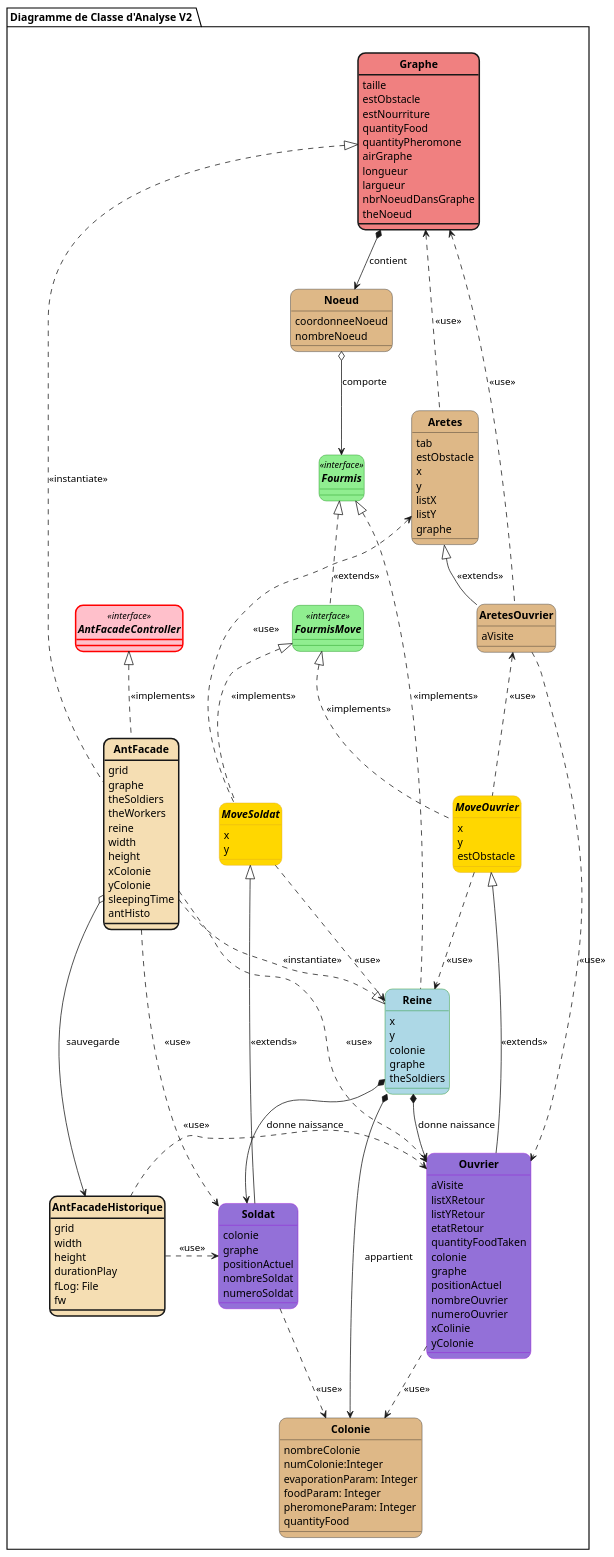
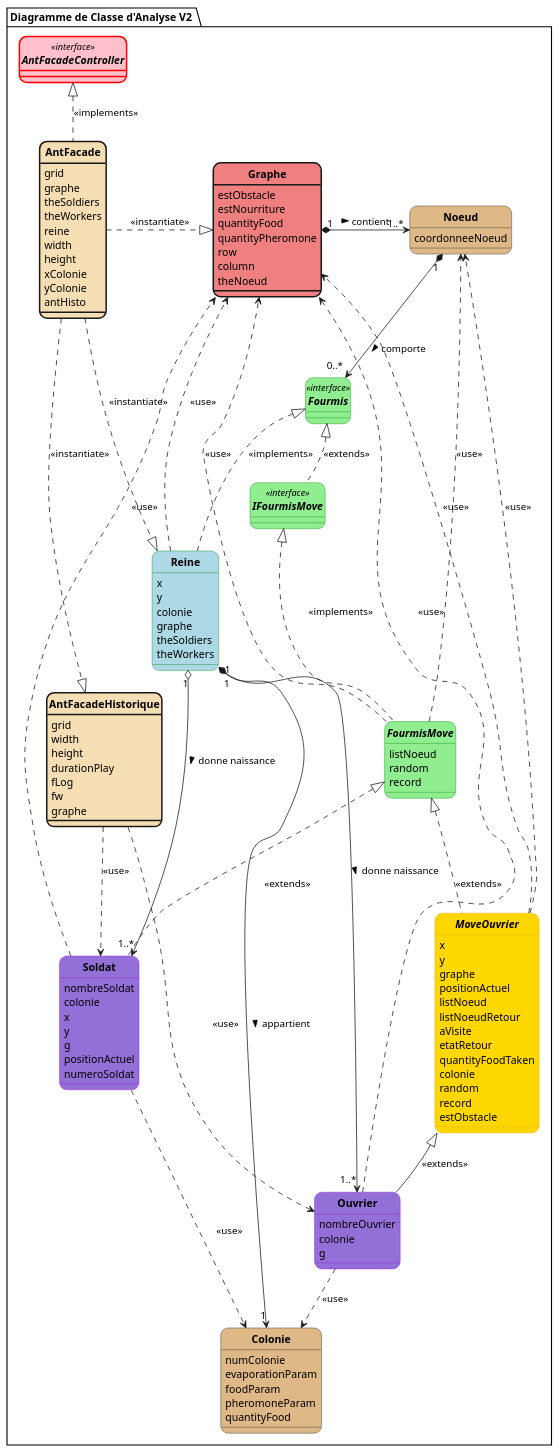
One commit to jvondermarck/ant-colony changed the diagram in plantUML/V2/Fourmis_DC_Analyse.puml. Above: the diagram before and after it, drawn with PlantUML. The commit also changed 22 other files, not shown here.

```diff
--- a/plantUML/V2/Fourmis_DC_Analyse.puml
+++ b/plantUML/V2/Fourmis_DC_Analyse.puml
@@ -1,165 +1,151 @@
 @startuml
 'https://plantuml.com/class-diagram
 
 skinparam style strictuml
 skinparam classAttributeIconSize 0
 skinparam classFontStyle Bold
 skinparam roundcorner 20
 hide enum methods
 
 package "Diagramme de Classe d'Analyse V2 " <<Folder>> {
   interface AntFacadeController <<interface>> #pink ##[bold]red {
+
   }
 
   class Graphe #lightcoral;line.bold {
-      taille
       estObstacle
       estNourriture
       quantityFood
       quantityPheromone
-      airGraphe
-      longueur
-      largueur
-      nbrNoeudDansGraphe
+      row
+      column
       theNoeud
   }
 
   class Colonie #burlywood {
-      nombreColonie
-      numColonie:Integer
-      evaporationParam: Integer
-      foodParam: Integer
-      pheromoneParam: Integer
+      numColonie
+      evaporationParam
+      foodParam
+      pheromoneParam
       quantityFood
   }
 
   class Noeud #burlywood {
       coordonneeNoeud
-      nombreNoeud
   }
 
   class AntFacade #back:Wheat;line.bold {
       grid
       graphe
       theSoldiers
       theWorkers
       reine
       width
       height
       xColonie
       yColonie
-      sleepingTime
       antHisto
   }
 
     class AntFacadeHistorique #back:Wheat;line.bold {
         grid
         width
         height
         durationPlay
-        fLog: File
+        fLog
         fw
-    }
-
-  class Aretes #burlywood {
-      tab
-      estObstacle
-      x
-      y
-      listX
-      listY
-      graphe
-  }
-
-  class AretesOuvrier #burlywood {
-        aVisite
+        graphe
     }
 
   interface Fourmis <<interface>> #lightgreen;line:green {
   }
 
   class Reine #lightblue;line:green {
       x
       y
       colonie
       graphe
       theSoldiers
+      theWorkers
   }
 
-  interface FourmisMove <<interface>> #lightgreen;line:green {
+  interface IFourmisMove <<interface>> #lightgreen;line:green {
+
+    }
+
+  abstract class FourmisMove #lightgreen;line:green {
+     listNoeud
+     random
+     record
   }
 
-  abstract class MoveSoldat #gold;line:goldenrod {
-      x
-      y
-  }
+    class Soldat #mediumpurple;line:darkviolet {
+        nombreSoldat
+        colonie
+        x
+        y
+        g
+        positionActuel
+        numeroSoldat
+    }
 
   abstract class MoveOuvrier #gold;line:goldenrod  {
-      x
-      y
-      estObstacle
-  }
-
-  class Soldat #mediumpurple;line:darkviolet {
-      colonie
-      graphe
-      positionActuel
-      nombreSoldat
-      numeroSoldat
+       x
+       y
+       graphe
+       positionActuel
+       listNoeud
+       listNoeudRetour
+       aVisite
+       etatRetour
+       quantityFoodTaken
+       colonie
+       random
+       record
+       estObstacle
   }
 
    class Ouvrier #mediumpurple;line:darkviolet {
-        aVisite
-        listXRetour
-        listYRetour
-        etatRetour
-        quantityFoodTaken
+        nombreOuvrier
         colonie
-        graphe
-        positionActuel
-        nombreOuvrier
-        numeroOuvrier
-        xColinie
-        yColonie
+        g
     }
+
 }
 
+    AntFacadeController <|.. AntFacade : <<implements>>
+    AntFacade .right.|> Graphe : <<instantiate>>
+    AntFacade ..|> Reine : <<instantiate>>
+    AntFacade ..|> AntFacadeHistorique : <<instantiate>>
 
-AntFacadeController <|.. AntFacade : <<implements>>
-AntFacade .up.|> Graphe : <<instantiate>>
-AntFacade ..|> Reine : <<instantiate>>
+    Graphe "1" *-right-> "1..*" Noeud : > contient
 
-Graphe  *--> Noeud : contient
+    Reine "1" *-> "1" Colonie : > appartient
+    Noeud "1" *--> "0..*\t" Fourmis : > comporte
 
-Reine  *-> Colonie : appartient
-Noeud  o-->  Fourmis : comporte
+    Fourmis <|.. Reine : <<implements>>
+    Fourmis <|.. IFourmisMove : <<extends>>
 
-Fourmis <|.. Reine : <<implements>>
-Fourmis <|.. FourmisMove : <<extends>>
+    IFourmisMove <|..FourmisMove : <<implements>>
+    FourmisMove <|.. MoveOuvrier : \n\n<<extends>>
+    FourmisMove <|.. Soldat : \n\n<<extends>>
 
-Aretes <|-- AretesOuvrier : <<extends>>
-Aretes <.. MoveSoldat : <<use>>
-AretesOuvrier <.. MoveOuvrier : <<use>>
+    MoveOuvrier <|-- Ouvrier : <<extends>>
+    Reine "1" o--> "1..*" Soldat : > donne naissance
+    Reine "1" o--> "1..*" Ouvrier : > donne naissance
 
-FourmisMove <|.. MoveOuvrier : \n\n<<implements>>
-FourmisMove <|.. MoveSoldat : <<implements>>
+    Ouvrier ..> Colonie : <<use>>
+    Reine ..> Graphe : <<use>>
+    Soldat ..> Colonie : <<use>>
+    Ouvrier ..> Graphe : <<use>>
+    Soldat ..> Graphe : <<use>>
+    FourmisMove ..> Noeud : <<use>>
+    FourmisMove ..> Graphe : <<use>>
+    MoveOuvrier ..> Noeud : <<use>>
+    MoveOuvrier ..> Graphe : <<use>>
+    AntFacadeHistorique ..> Soldat : <<use>>
+    AntFacadeHistorique ..> Ouvrier : <<use>>
 
-MoveSoldat <|-- Soldat : <<extends>>
-MoveOuvrier <|-- Ouvrier : <<extends>>
-Reine  *-->  Soldat : donne naissance
-Reine  *-->  Ouvrier : donne naissance
 
-AntFacade ..> Soldat : <<use>>
-AntFacade ..> Ouvrier : <<use>>
-Aretes .up.> Graphe : <<use>>
-AretesOuvrier .up.> Graphe : <<use>>
-AretesOuvrier ..> Ouvrier : <<use>>
-MoveSoldat ..> Reine : <<use>>
-MoveOuvrier ..> Reine : <<use>>
-Ouvrier ..> Colonie : <<use>>
-Soldat ..> Colonie : <<use>>
-AntFacade o--> AntFacadeHistorique : sauvegarde
-AntFacadeHistorique .right.> Soldat : <<use>>
-AntFacadeHistorique .right.> Ouvrier : <<use>>
 
 @enduml
```
